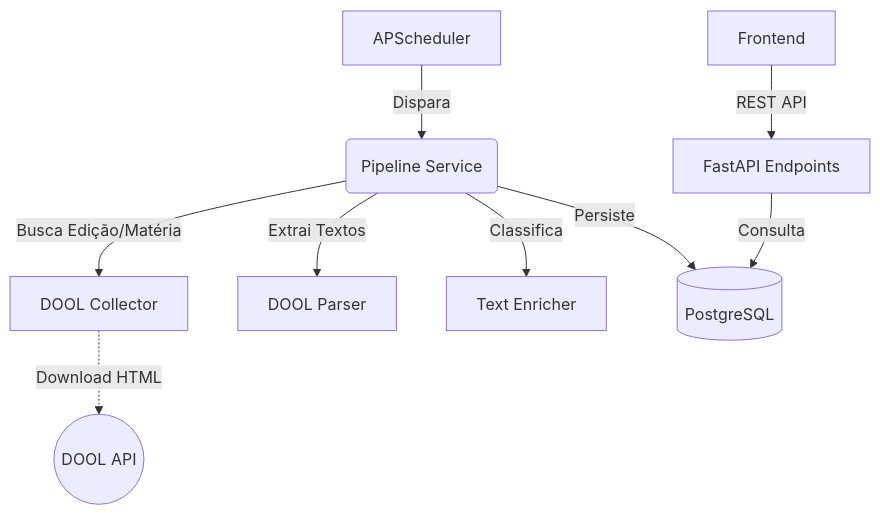
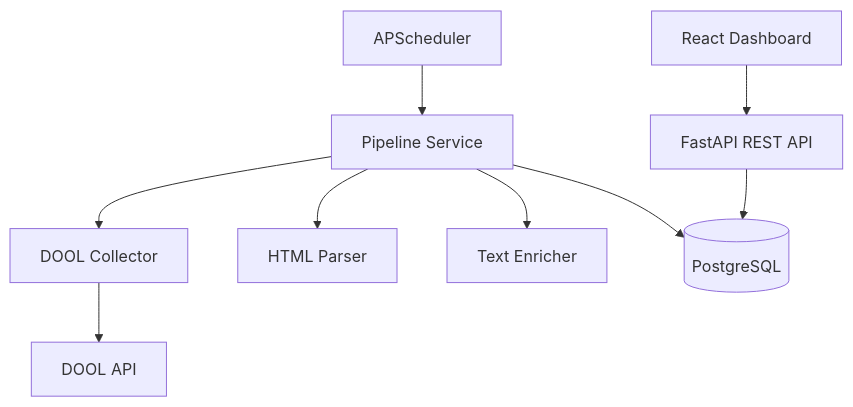
The diagram in README.md (eugfl/monitor-dool), drawn with Mermaid before and after one commit. The commit also changed other lines of this file and 2 other files, not shown here.

````diff
--- a/README.md
+++ b/README.md
@@ -9,12 +58,11 @@
 ```mermaid
 graph TD
-    A[APScheduler] -->|Dispara| B(Pipeline Service)
-    B -->|Busca Edição/Matéria| C[DOOL Collector]
-    C -.->|Download HTML| D((DOOL API))
-    B -->|Extrai Textos| E[DOOL Parser]
-    B -->|Classifica| F[Text Enricher]
-    B -->|Persiste| G[(PostgreSQL)]
-    
-    H[Frontend] -->|REST API| I[FastAPI Endpoints]
-    I -->|Consulta| G
+    A[APScheduler] --> B[Pipeline Service]
+    B --> C[DOOL Collector]
+    C --> D[DOOL API]
+    B --> E[HTML Parser]
+    B --> F[Text Enricher]
+    B --> G[(PostgreSQL)]
+    H[React Dashboard] --> I[FastAPI REST API]
+    I --> G
 ```
````
